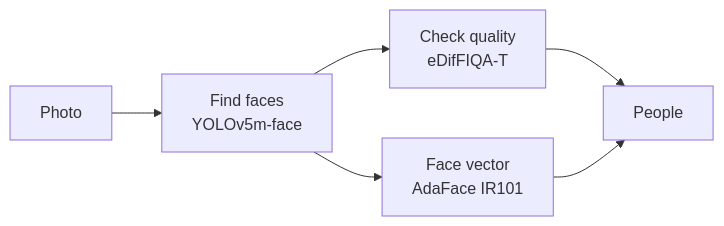
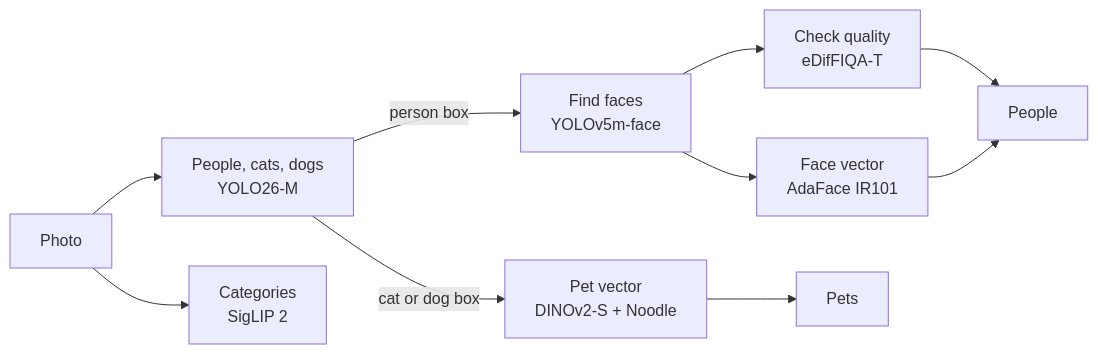
One commit to HomerKLP/Memoria-Photo changed the diagram in README.md. Above: the diagram before and after it, drawn with Mermaid. The commit also changed other lines of this file and 21 other files, not shown here.

````diff
--- a/README.md
+++ b/README.md
@@ -45,8 +45,12 @@
 ```mermaid
 flowchart LR
-    A[Photo] --> B[Find faces<br>YOLOv5m-face]
+    A[Photo] --> O[People, cats, dogs<br>YOLO26-M]
+    A --> T[Categories<br>SigLIP 2]
+    O -->|person box| B[Find faces<br>YOLOv5m-face]
     B --> C[Check quality<br>eDifFIQA-T]
     B --> D[Face vector<br>AdaFace IR101]
     C --> E[People]
     D --> E
+    O -->|cat or dog box| P[Pet vector<br>DINOv2-S + Noodle]
+    P --> F[Pets]
 ```
````
